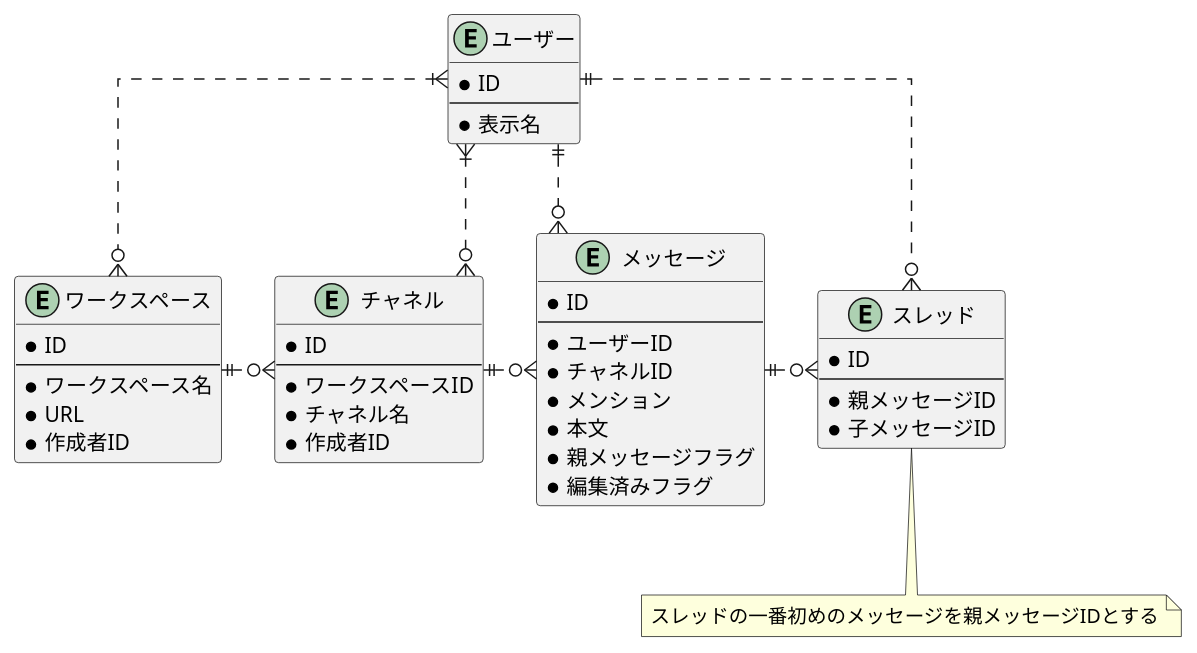
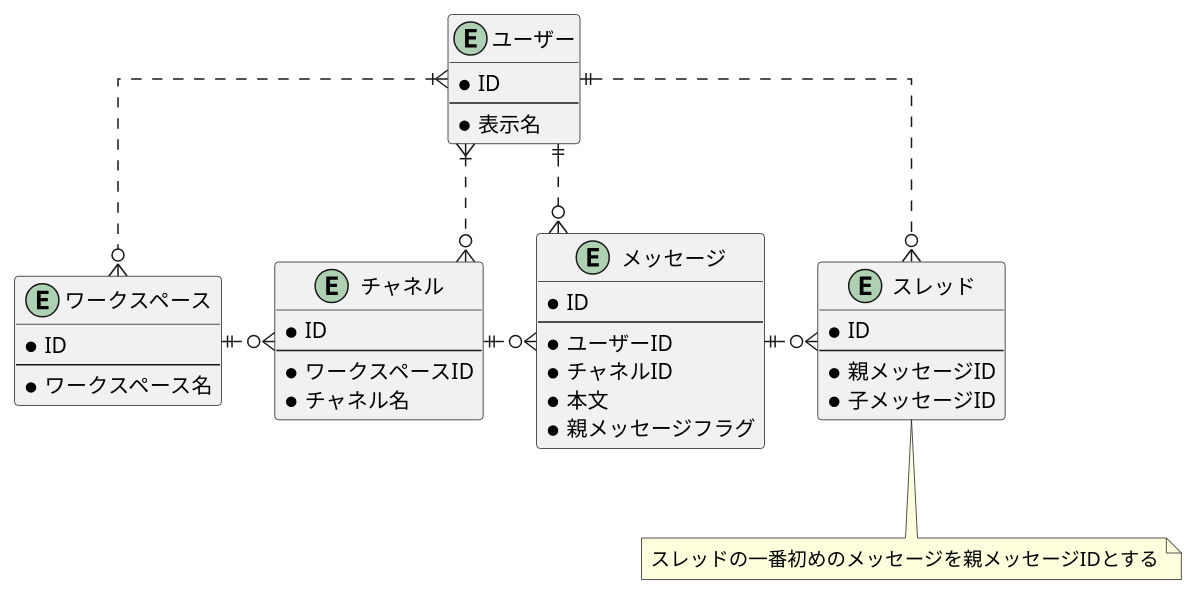
Before and after one commit to yudai64/PrAha-Challenge: the diagram in DB/02/ER.puml, drawn with PlantUML. The commit also changed 1 other file, not shown here.

```diff
--- a/DB/02/ER.puml
+++ b/DB/02/ER.puml
@@ -1,60 +1,55 @@
 @startuml
 
 ' hide the spot
 ' hide circle
 
 ' avoid problems with angled crows feet
 skinparam linetype ortho
 
 entity "ワークスペース" {
     *ID
     --
     *ワークスペース名
-    *URL
-    *作成者ID
 }
 
 entity "チャネル" {
     *ID
     --
     *ワークスペースID
     *チャネル名
-    *作成者ID
 }
 
 entity "メッセージ" {
     *ID
     --
     *ユーザーID
     *チャネルID
-    *メンション
     *本文
     *親メッセージフラグ
-    *編集済みフラグ
 }
 
 entity "スレッド" {
     *ID
     --
     *親メッセージID
     *子メッセージID
 }
 
 
 entity "ユーザー" {
     *ID
     --
     *表示名
 }
 
 ワークスペース ||.r.o{ チャネル
 チャネル ||.r.o{ メッセージ
 メッセージ ||.r.o{ スレッド
 ユーザー }|.d.o{ ワークスペース
 ユーザー }|.d.o{ チャネル
 ユーザー ||.d.o{ スレッド
 ユーザー ||.d.o{ メッセージ
 
 note bottom of スレッド : スレッドの一番初めのメッセージを親メッセージIDとする
 
 @enduml
```
